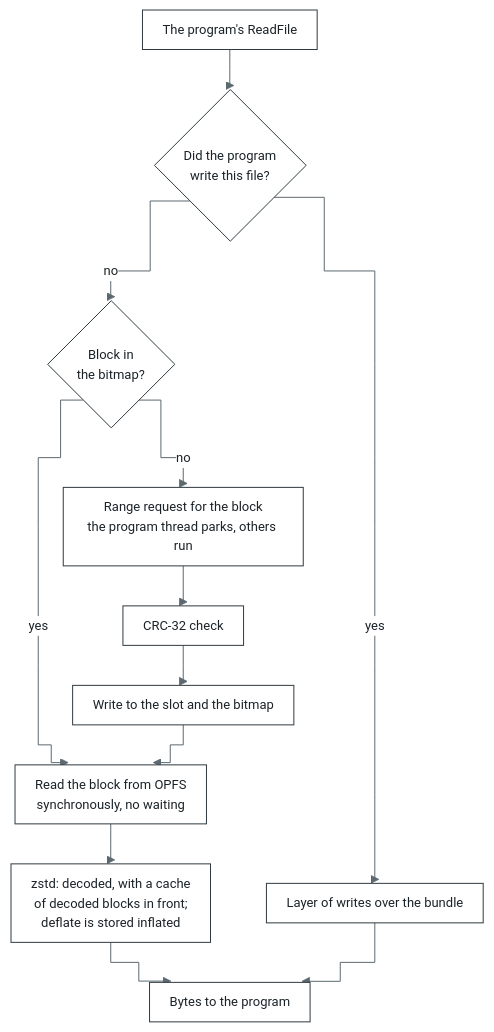
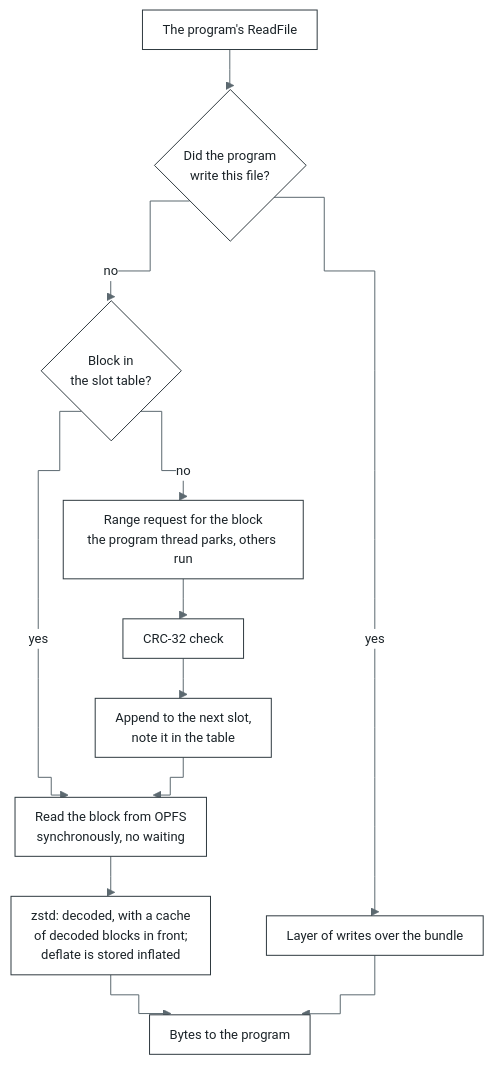
One commit to bottlify/bottlify changed the tenth of 10 diagrams in docs/architecture.md. Above: the diagram before and after it, drawn with Mermaid. The commit also changed other lines of this file and 8 other files, not shown here.

````diff
--- a/docs/architecture.md
+++ b/docs/architecture.md
@@ -972,15 +972,15 @@
 ```mermaid
 %%{init: {"theme": "base", "flowchart": {"curve": "step", "nodeSpacing": 30, "rankSpacing": 40, "padding": 10}, "themeVariables": {"fontFamily": "Inter, Segoe UI, Helvetica, Arial, sans-serif", "fontSize": "13px", "primaryColor": "#FFFFFF", "primaryBorderColor": "#2F3A40", "primaryTextColor": "#1B2328", "lineColor": "#5C6970", "clusterBkg": "#F3F5F6", "clusterBorder": "#9AA6AC", "edgeLabelBackground": "#FFFFFF"}}}%%
 flowchart TD
   RD["The program's ReadFile"] --> W{"Did the program<br/>write this file?"}
   W -->|"yes"| OV["Layer of writes over the bundle"]
-  W -->|"no"| BIT{"Block in<br/>the bitmap?"}
+  W -->|"no"| BIT{"Block in<br/>the slot table?"}
   BIT -->|"yes"| SL["Read the block from OPFS<br/>synchronously, no waiting"]
   BIT -->|"no"| F["Range request for the block<br/>the program thread parks, others run"]
   F --> CRC["CRC-32 check"]
-  CRC --> PUT["Write to the slot and the bitmap"]
+  CRC --> PUT["Append to the next slot,<br/>note it in the table"]
   PUT --> SL
   SL --> DEC["zstd: decoded, with a cache<br/>of decoded blocks in front;<br/>deflate is stored inflated"]
   DEC --> OUT["Bytes to the program"]
   OV --> OUT
 ```
````
